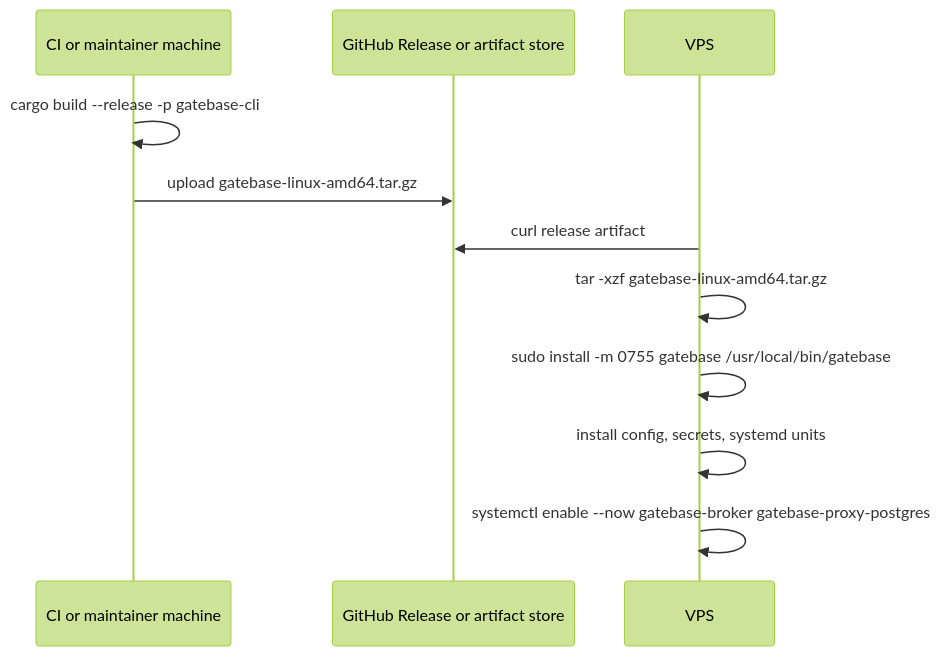
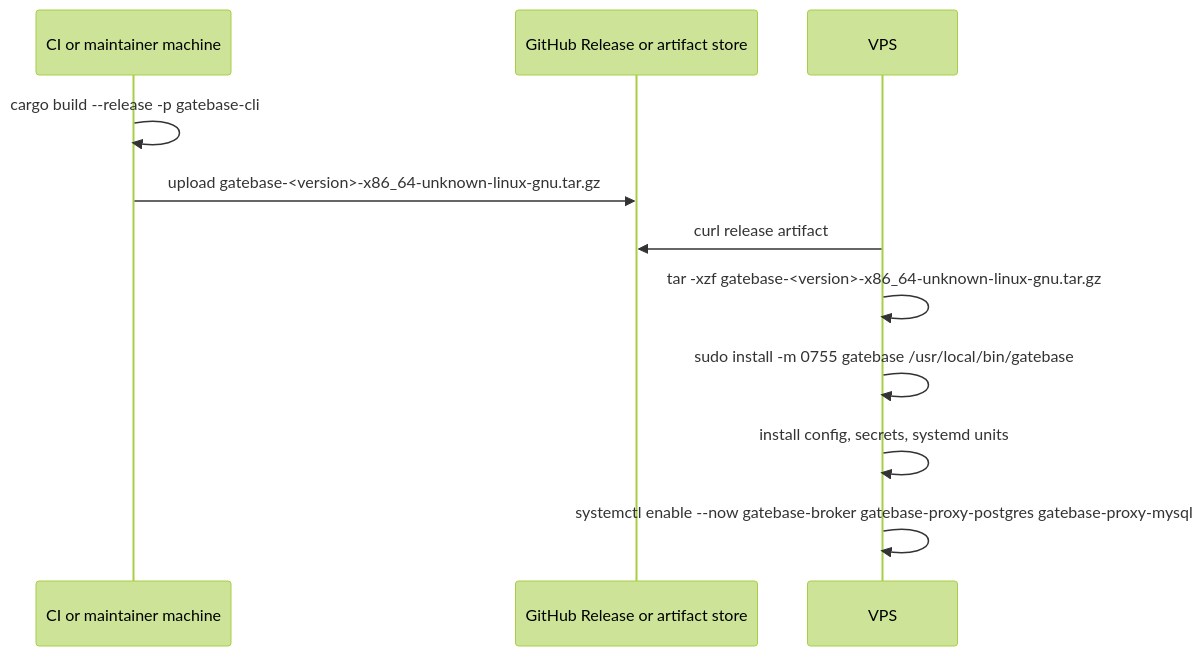
One commit to ter-net-in/gatebase changed the third of 3 diagrams in docs/vps-setup.md. Above: the diagram before and after it, drawn with Mermaid (forest theme). The commit also changed other lines of this file and 6 other files, not shown here.

````diff
--- a/docs/vps-setup.md
+++ b/docs/vps-setup.md
@@ -122,14 +122,14 @@
 ```mermaid
 sequenceDiagram
     participant CI as CI or maintainer machine
     participant Release as GitHub Release or artifact store
     participant VPS as VPS
 
     CI->>CI: cargo build --release -p gatebase-cli
-    CI->>Release: upload gatebase-linux-amd64.tar.gz
+    CI->>Release: upload gatebase-<version>-x86_64-unknown-linux-gnu.tar.gz
     VPS->>Release: curl release artifact
-    VPS->>VPS: tar -xzf gatebase-linux-amd64.tar.gz
+    VPS->>VPS: tar -xzf gatebase-<version>-x86_64-unknown-linux-gnu.tar.gz
     VPS->>VPS: sudo install -m 0755 gatebase /usr/local/bin/gatebase
     VPS->>VPS: install config, secrets, systemd units
-    VPS->>VPS: systemctl enable --now gatebase-broker gatebase-proxy-postgres
+    VPS->>VPS: systemctl enable --now gatebase-broker gatebase-proxy-postgres gatebase-proxy-mysql
 ```
````
